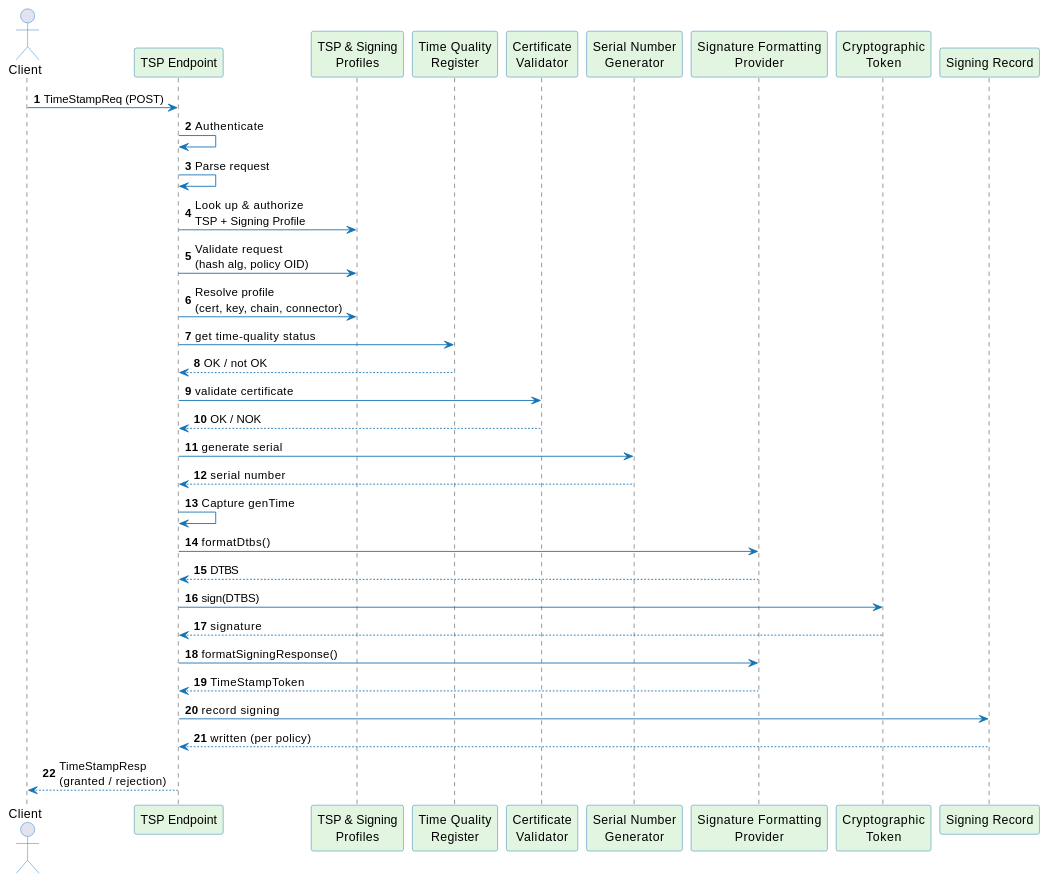
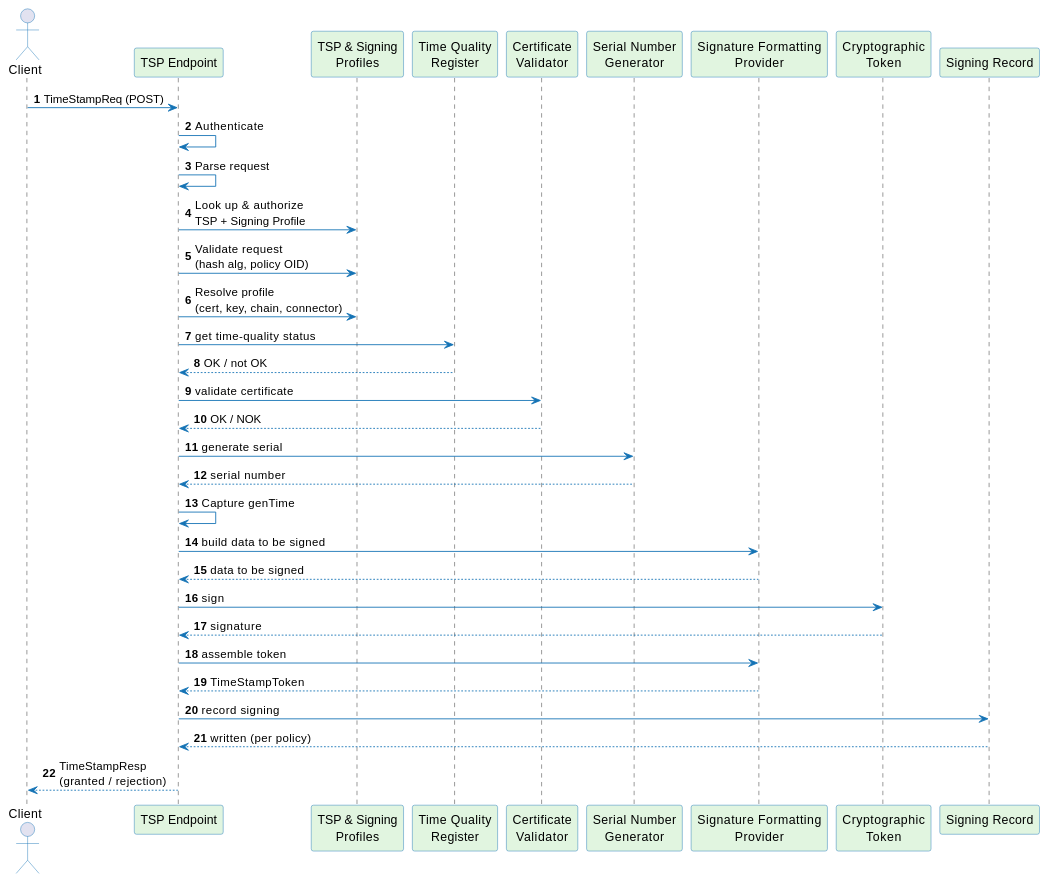
Before and after one commit to CZERTAINLY/CZERTAINLY-Documentation: the diagram in docs/signing/timestamping/timestamping-flow.md, drawn with PlantUML. The commit also changed other lines of this file, not shown here.

Commit message:
Trim down implementation details from timestamping flow

````diff
--- a/docs/signing/timestamping/timestamping-flow.md
+++ b/docs/signing/timestamping/timestamping-flow.md
@@ -15,45 +15,45 @@
 ```plantuml
 @startuml
 skinparam sequence {
     ArrowColor #1573B5
     ActorBorderColor #1573B5
     ParticipantBorderColor #1573B5
     ParticipantBackgroundColor #E1F5E0
     NoteBackgroundColor #F7F7F7
 }
 autonumber
 
 actor Client
 participant "TSP Endpoint" as Core
 participant "TSP & Signing\nProfiles" as Profiles
 participant "Time Quality\nRegister" as TQ
 participant "Certificate\nValidator" as Cert
 participant "Serial Number\nGenerator" as Serial
 participant "Signature Formatting\nProvider" as Fmt
 participant "Cryptographic\nToken" as Token
 participant "Signing Record" as Rec
 
 Client -> Core: TimeStampReq (POST)
 Core -> Core: Authenticate
 Core -> Core: Parse request
 Core -> Profiles: Look up & authorize\nTSP + Signing Profile
 Core -> Profiles: Validate request\n(hash alg, policy OID)
 Core -> Profiles: Resolve profile\n(cert, key, chain, connector)
 Core -> TQ: get time-quality status
 TQ --> Core: OK / not OK
 Core -> Cert: validate certificate
 Cert --> Core: OK / NOK
 Core -> Serial: generate serial
 Serial --> Core: serial number
 Core -> Core: Capture genTime
-Core -> Fmt: formatDtbs()
-Fmt --> Core: DTBS
-Core -> Token: sign(DTBS)
+Core -> Fmt: build data to be signed
+Fmt --> Core: data to be signed
+Core -> Token: sign
 Token --> Core: signature
-Core -> Fmt: formatSigningResponse()
+Core -> Fmt: assemble token
 Fmt --> Core: TimeStampToken
 Core -> Rec: record signing
 Rec --> Core: written (per policy)
 Core --> Client: TimeStampResp\n(granted / rejection)
 @enduml
 ```
````
